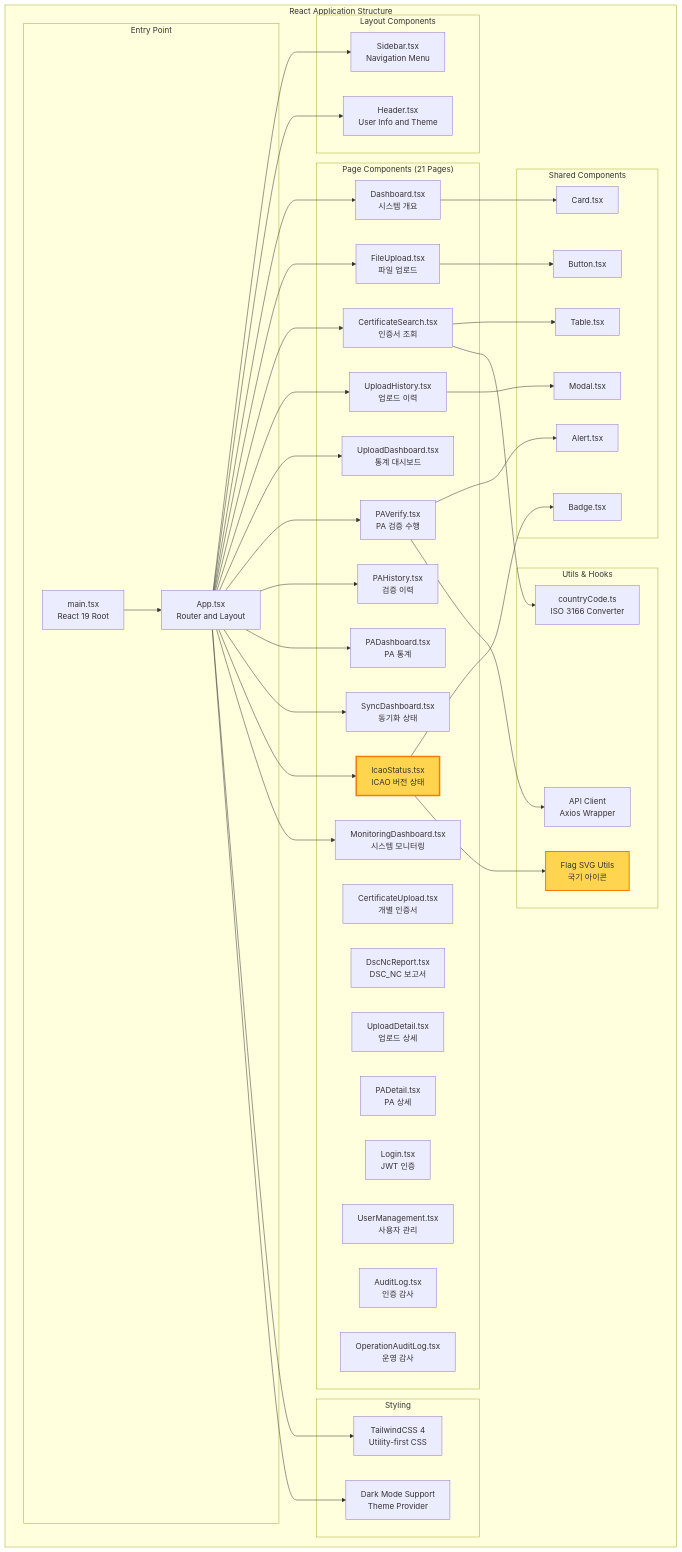
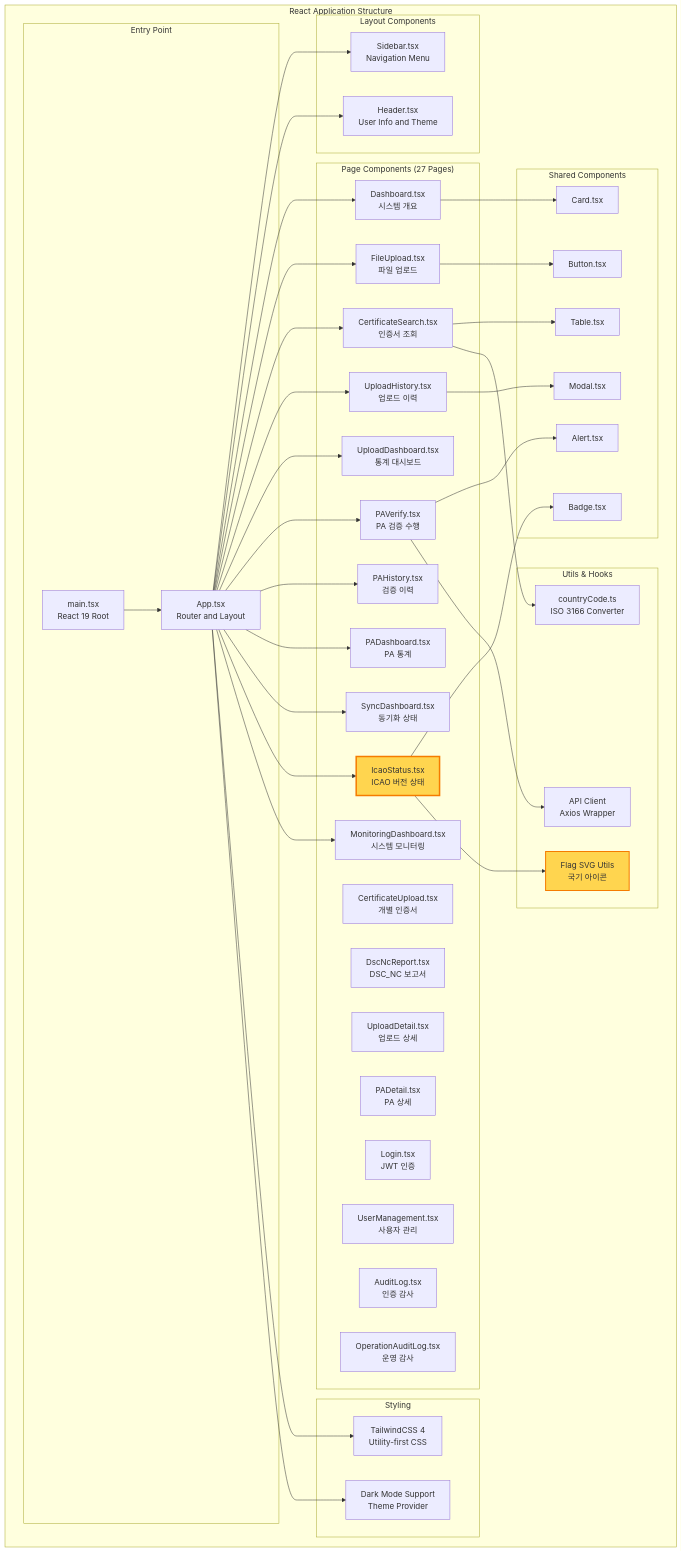
The seventh of 16 diagrams in docs/SOFTWARE_ARCHITECTURE.md (iland112/icao-local-pkd-cpp), drawn with Mermaid before and after one commit. The commit also changed other lines of this file, not shown here.

First line of the commit message:
docs: SOFTWARE_ARCHITECTURE.md v2.35.0 업데이트

```diff
--- a/docs/SOFTWARE_ARCHITECTURE.md
+++ b/docs/SOFTWARE_ARCHITECTURE.md
@@ -705,7 +712,7 @@
             Header[Header.tsx<br/>User Info and Theme]
         end
 
-        subgraph "Page Components (21 Pages)"
+        subgraph "Page Components (27 Pages)"
             Dashboard[Dashboard.tsx<br/>시스템 개요]
             FileUpload[FileUpload.tsx<br/>파일 업로드]
             CertUpload[CertificateUpload.tsx<br/>개별 인증서]
```
